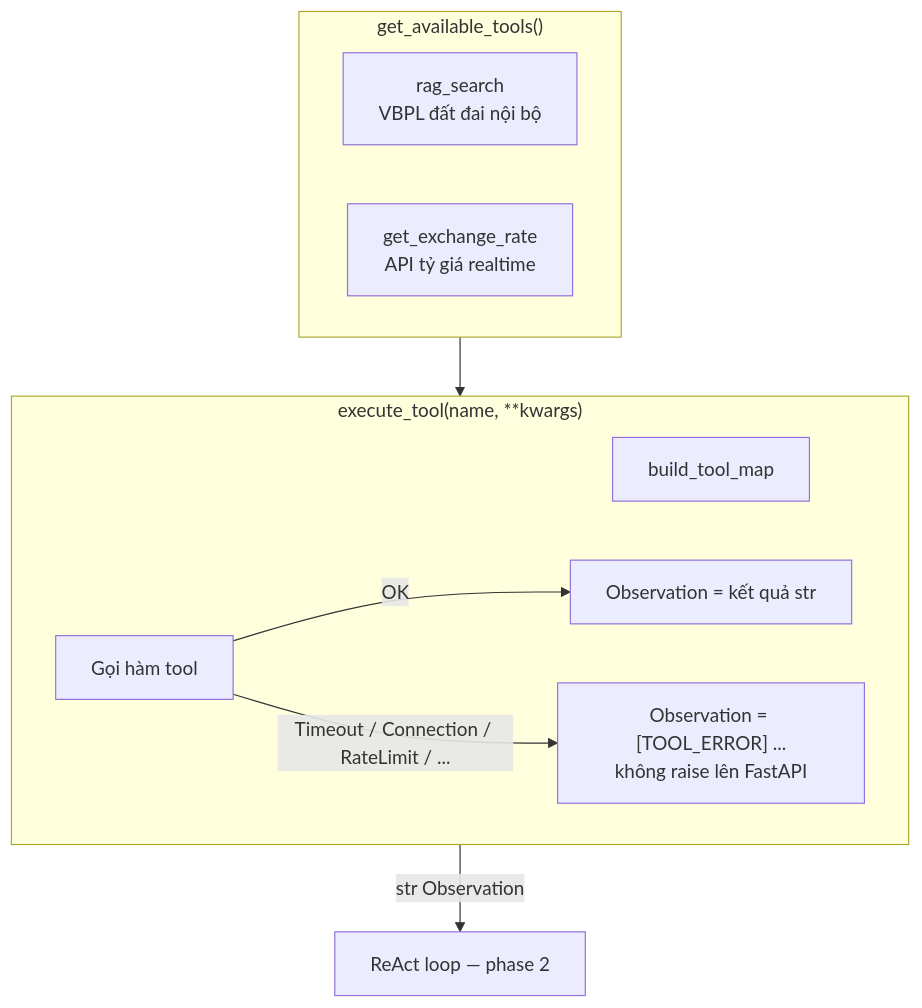
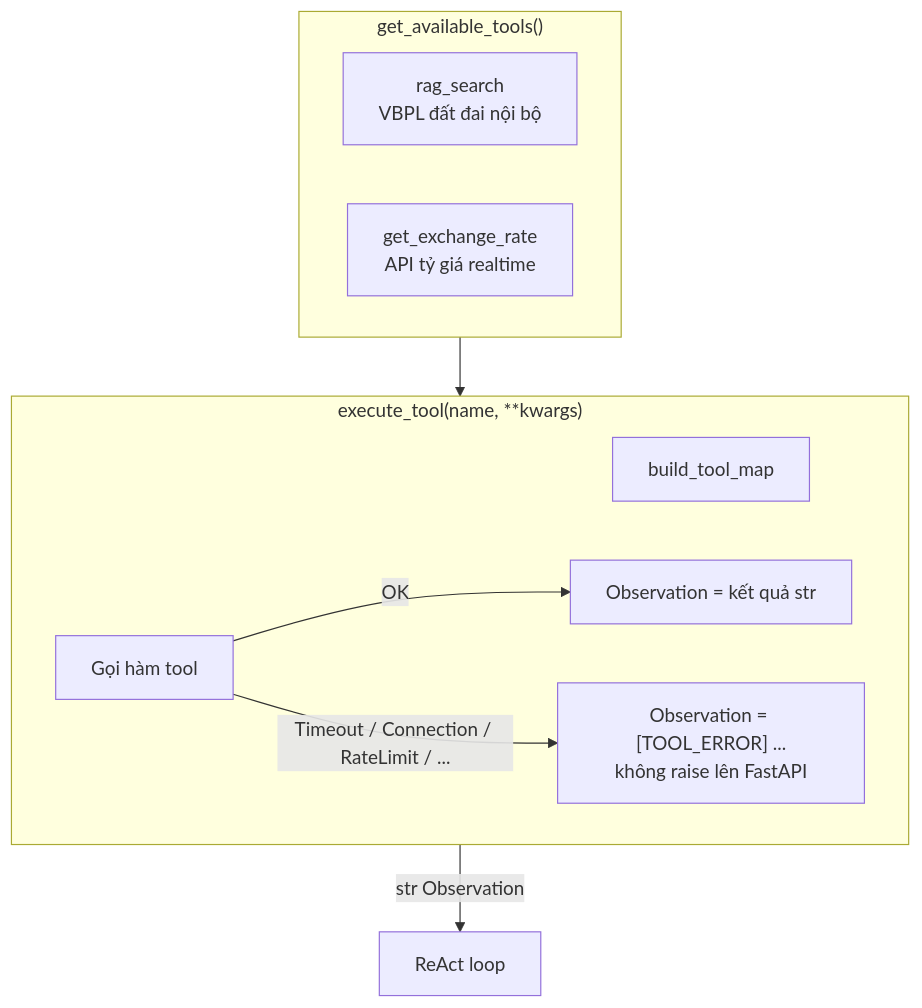
The seventh of 13 diagrams in docs/architecture.md (ducchungtx/advanced-rag-agent), drawn with Mermaid before and after one commit. The commit also changed other lines of this file and 21 other files, not shown here.

````diff
--- a/docs/architecture.md
+++ b/docs/architecture.md
@@ -240,19 +240,19 @@
 ```mermaid
 flowchart TB
     subgraph Meta["get_available_tools()"]
         T1["rag_search<br/>VBPL đất đai nội bộ"]
         T2["get_exchange_rate<br/>API tỷ giá realtime"]
     end
 
     subgraph Exec["execute_tool(name, **kwargs)"]
         M[build_tool_map]
         Try[Gọi hàm tool]
         OK[Observation = kết quả str]
         ERR["Observation = [TOOL_ERROR] ...<br/>không raise lên FastAPI"]
         Try -->|OK| OK
         Try -->|Timeout / Connection / RateLimit / ...| ERR
     end
 
     Meta --> Exec
-    Exec -->|str Observation| Loop[ReAct loop — phase 2]
+    Exec -->|str Observation| Loop[ReAct loop]
 ```
````
